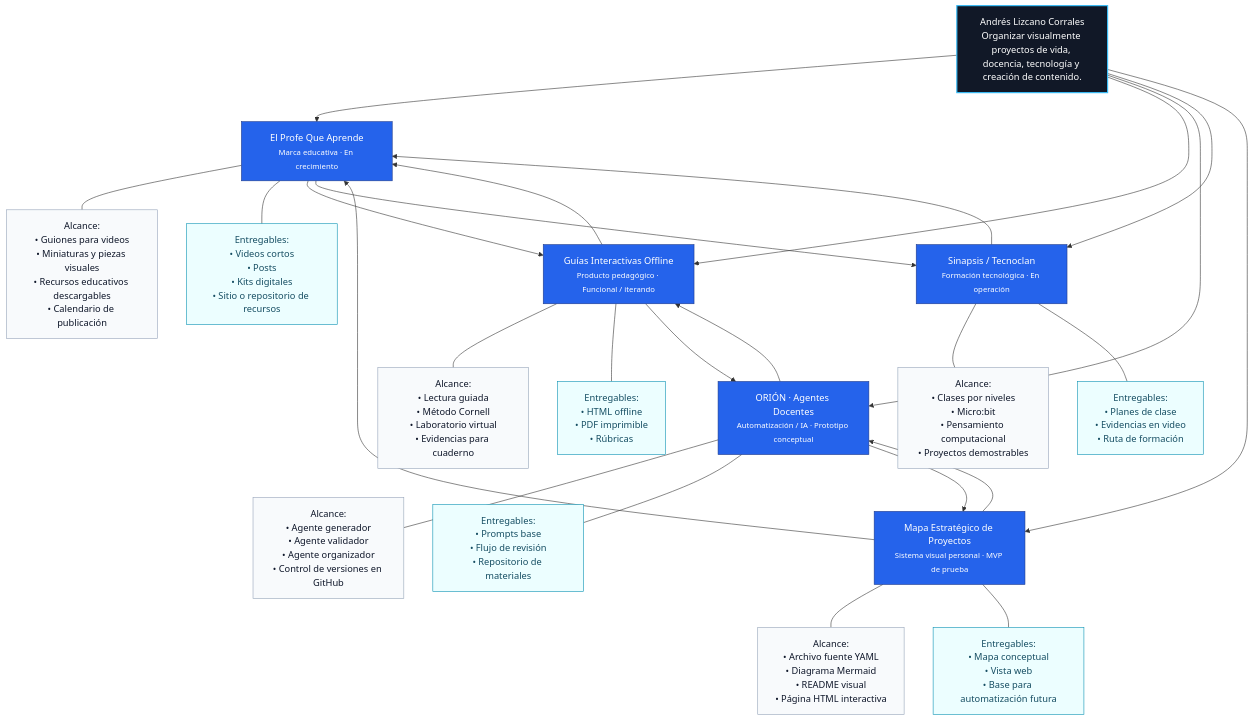
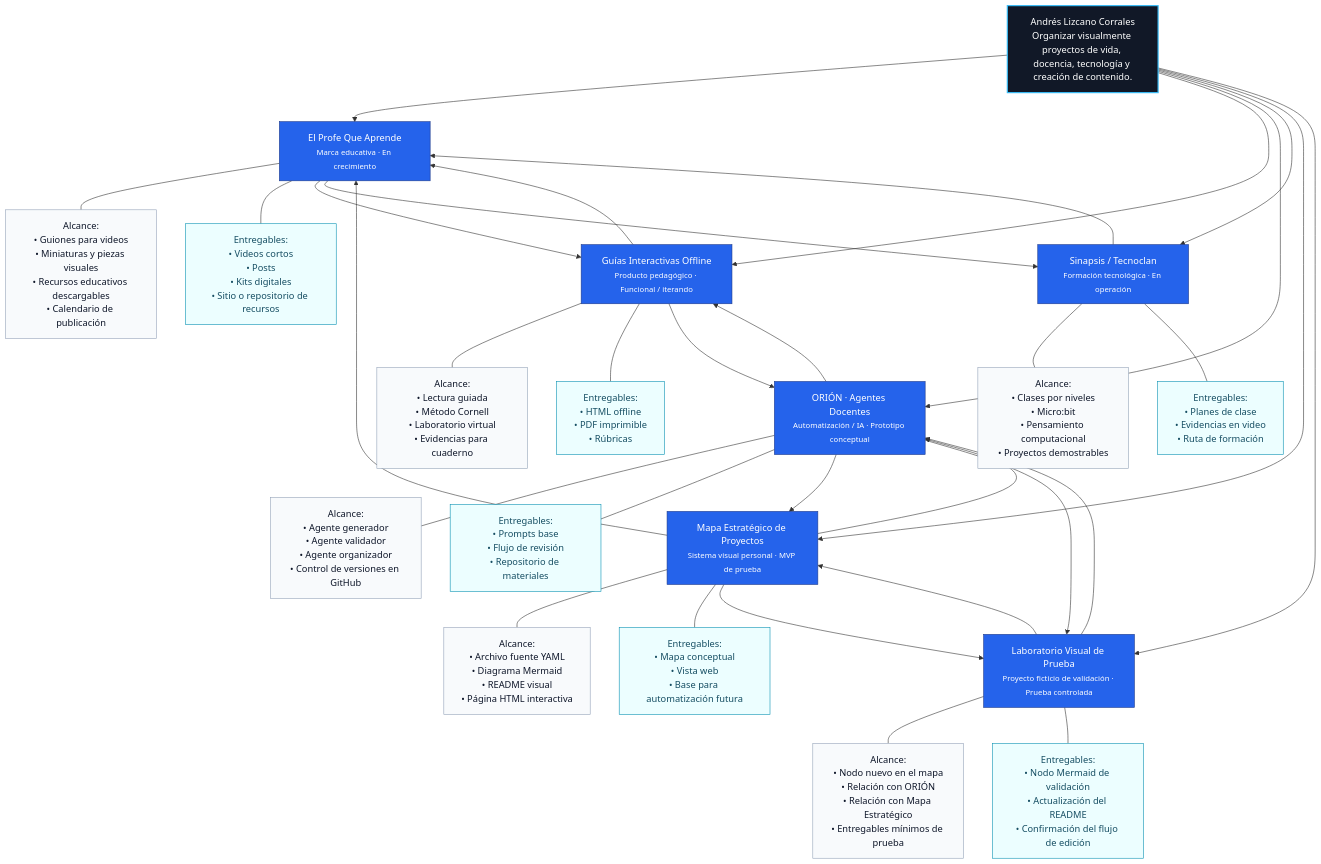
Before and after one commit to Anfaliz1703/Mapa-Estrategico-de-Proyectos: the diagram in docs/mapa.mmd, drawn with Mermaid.

Commit message:
Actualizar mapa Mermaid generado

```diff
--- a/docs/mapa.mmd
+++ b/docs/mapa.mmd
@@ -1,33 +1,40 @@
 flowchart TD
     CENTRO["Andrés Lizcano Corrales<br/>Organizar visualmente proyectos de vida, docencia, tecnología y creación de contenido."]:::center
 
     CENTRO --> EPQA["El Profe Que Aprende<br/><small>Marca educativa · En crecimiento</small>"]:::project
     EPQA --- EPQA_ALCANCE["Alcance:<br/>• Guiones para videos<br/>• Miniaturas y piezas visuales<br/>• Recursos educativos descargables<br/>• Calendario de publicación"]:::scope
     EPQA --- EPQA_ENTREGABLES["Entregables:<br/>• Videos cortos<br/>• Posts<br/>• Kits digitales<br/>• Sitio o repositorio de recursos"]:::deliverable
     CENTRO --> GUIAS_INTERACTIVAS["Guías Interactivas Offline<br/><small>Producto pedagógico · Funcional / iterando</small>"]:::project
     GUIAS_INTERACTIVAS --- GUIAS_INTERACTIVAS_ALCANCE["Alcance:<br/>• Lectura guiada<br/>• Método Cornell<br/>• Laboratorio virtual<br/>• Evidencias para cuaderno"]:::scope
     GUIAS_INTERACTIVAS --- GUIAS_INTERACTIVAS_ENTREGABLES["Entregables:<br/>• HTML offline<br/>• PDF imprimible<br/>• Rúbricas"]:::deliverable
     CENTRO --> ORION_AGENTES["ORIÓN · Agentes Docentes<br/><small>Automatización / IA · Prototipo conceptual</small>"]:::project
     ORION_AGENTES --- ORION_AGENTES_ALCANCE["Alcance:<br/>• Agente generador<br/>• Agente validador<br/>• Agente organizador<br/>• Control de versiones en GitHub"]:::scope
     ORION_AGENTES --- ORION_AGENTES_ENTREGABLES["Entregables:<br/>• Prompts base<br/>• Flujo de revisión<br/>• Repositorio de materiales"]:::deliverable
     CENTRO --> SINAPSIS["Sinapsis / Tecnoclan<br/><small>Formación tecnológica · En operación</small>"]:::project
     SINAPSIS --- SINAPSIS_ALCANCE["Alcance:<br/>• Clases por niveles<br/>• Micro:bit<br/>• Pensamiento computacional<br/>• Proyectos demostrables"]:::scope
     SINAPSIS --- SINAPSIS_ENTREGABLES["Entregables:<br/>• Planes de clase<br/>• Evidencias en video<br/>• Ruta de formación"]:::deliverable
     CENTRO --> MAPA_ESTRATEGICO["Mapa Estratégico de Proyectos<br/><small>Sistema visual personal · MVP de prueba</small>"]:::project
     MAPA_ESTRATEGICO --- MAPA_ESTRATEGICO_ALCANCE["Alcance:<br/>• Archivo fuente YAML<br/>• Diagrama Mermaid<br/>• README visual<br/>• Página HTML interactiva"]:::scope
     MAPA_ESTRATEGICO --- MAPA_ESTRATEGICO_ENTREGABLES["Entregables:<br/>• Mapa conceptual<br/>• Vista web<br/>• Base para automatización futura"]:::deliverable
+    CENTRO --> LABORATORIO_VISUAL_PRUEBA["Laboratorio Visual de Prueba<br/><small>Proyecto ficticio de validación · Prueba controlada</small>"]:::project
+    LABORATORIO_VISUAL_PRUEBA --- LABORATORIO_VISUAL_PRUEBA_ALCANCE["Alcance:<br/>• Nodo nuevo en el mapa<br/>• Relación con ORIÓN<br/>• Relación con Mapa Estratégico<br/>• Entregables mínimos de prueba"]:::scope
+    LABORATORIO_VISUAL_PRUEBA --- LABORATORIO_VISUAL_PRUEBA_ENTREGABLES["Entregables:<br/>• Nodo Mermaid de validación<br/>• Actualización del README<br/>• Confirmación del flujo de edición"]:::deliverable
 
     EPQA --> GUIAS_INTERACTIVAS
     EPQA --> SINAPSIS
     GUIAS_INTERACTIVAS --> ORION_AGENTES
     GUIAS_INTERACTIVAS --> EPQA
     ORION_AGENTES --> GUIAS_INTERACTIVAS
     ORION_AGENTES --> MAPA_ESTRATEGICO
+    ORION_AGENTES --> LABORATORIO_VISUAL_PRUEBA
     SINAPSIS --> EPQA
     MAPA_ESTRATEGICO --> ORION_AGENTES
     MAPA_ESTRATEGICO --> EPQA
+    MAPA_ESTRATEGICO --> LABORATORIO_VISUAL_PRUEBA
+    LABORATORIO_VISUAL_PRUEBA --> MAPA_ESTRATEGICO
+    LABORATORIO_VISUAL_PRUEBA --> ORION_AGENTES
 
     classDef center fill:#111827,stroke:#38bdf8,color:#ffffff,stroke-width:2px;
     classDef project fill:#2563eb,stroke:#1e3a8a,color:#ffffff;
     classDef scope fill:#f8fafc,stroke:#94a3b8,color:#0f172a;
     classDef deliverable fill:#ecfeff,stroke:#0891b2,color:#164e63;
```
